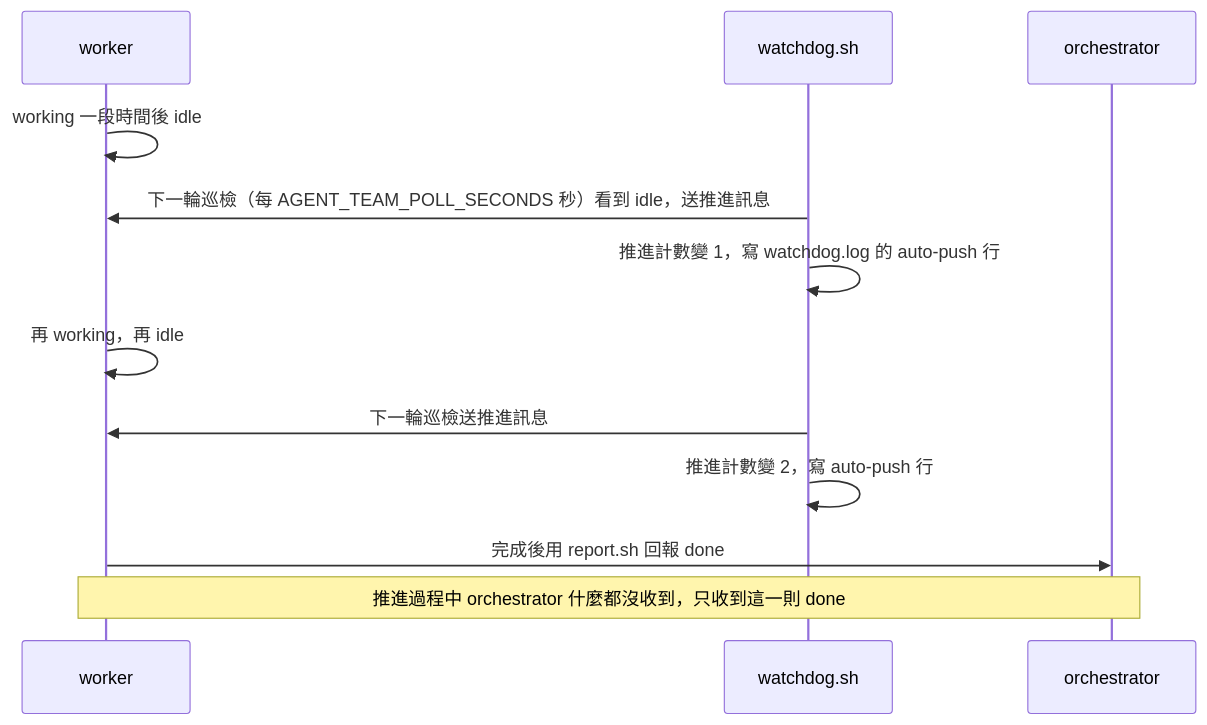
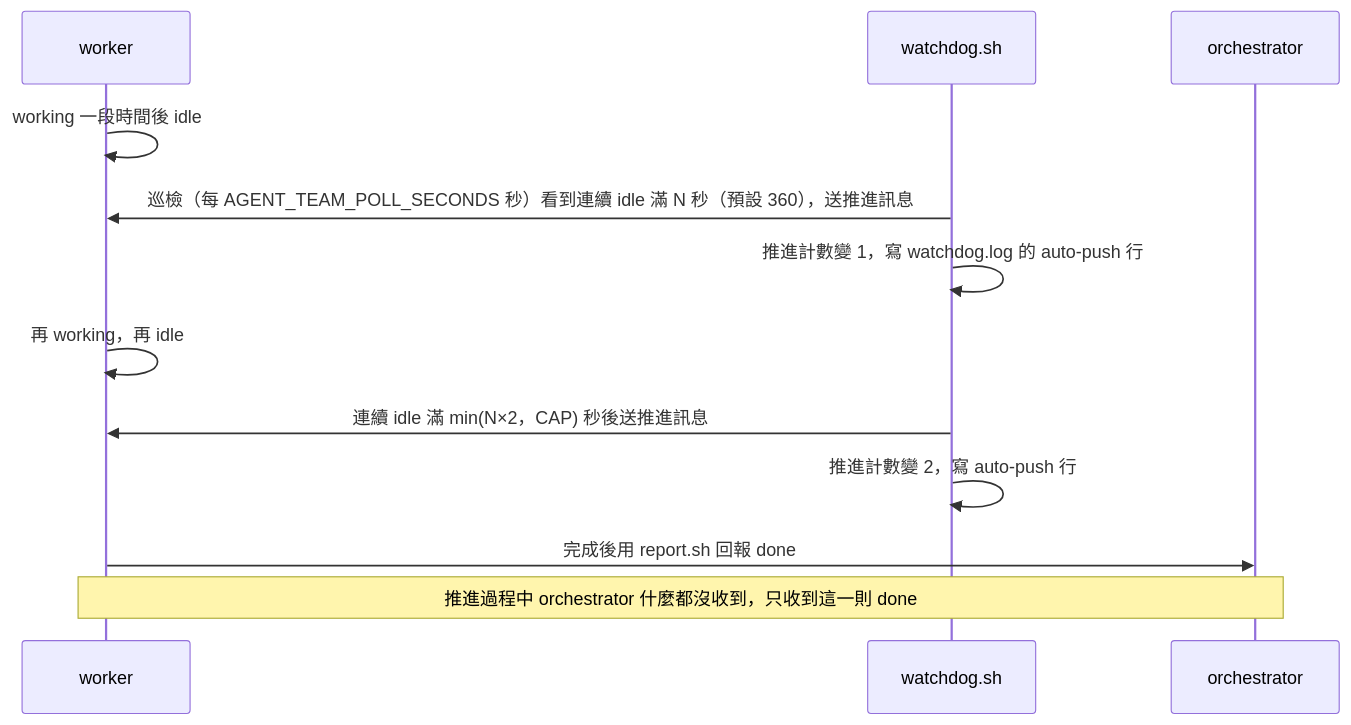
One commit to chenghung/my-claude-code-settings changed diagram 13 of 18 in skills/herdr-agent-team/README.md. Above: the diagram before and after it, drawn with Mermaid. The commit also changed other lines of this file and 10 other files, not shown here.

First line of the commit message:
fix(skill): [herdr-agent-team] gate watchdog auto-push on doubling idle dwell

````diff
--- a/skills/herdr-agent-team/README.md
+++ b/skills/herdr-agent-team/README.md
@@ -635,15 +635,15 @@
 ```mermaid
 sequenceDiagram
     participant W as worker
     participant D as watchdog.sh
     participant O as orchestrator
 
     W->>W: working 一段時間後 idle
-    D->>W: 下一輪巡檢（每 AGENT_TEAM_POLL_SECONDS 秒）看到 idle，送推進訊息
+    D->>W: 巡檢（每 AGENT_TEAM_POLL_SECONDS 秒）看到連續 idle 滿 N 秒（預設 360），送推進訊息
     D->>D: 推進計數變 1，寫 watchdog.log 的 auto-push 行
     W->>W: 再 working，再 idle
-    D->>W: 下一輪巡檢送推進訊息
+    D->>W: 連續 idle 滿 min(N×2，CAP) 秒後送推進訊息
     D->>D: 推進計數變 2，寫 auto-push 行
     W->>O: 完成後用 report.sh 回報 done
     Note over W,O: 推進過程中 orchestrator 什麼都沒收到，只收到這一則 done
 ```
````
